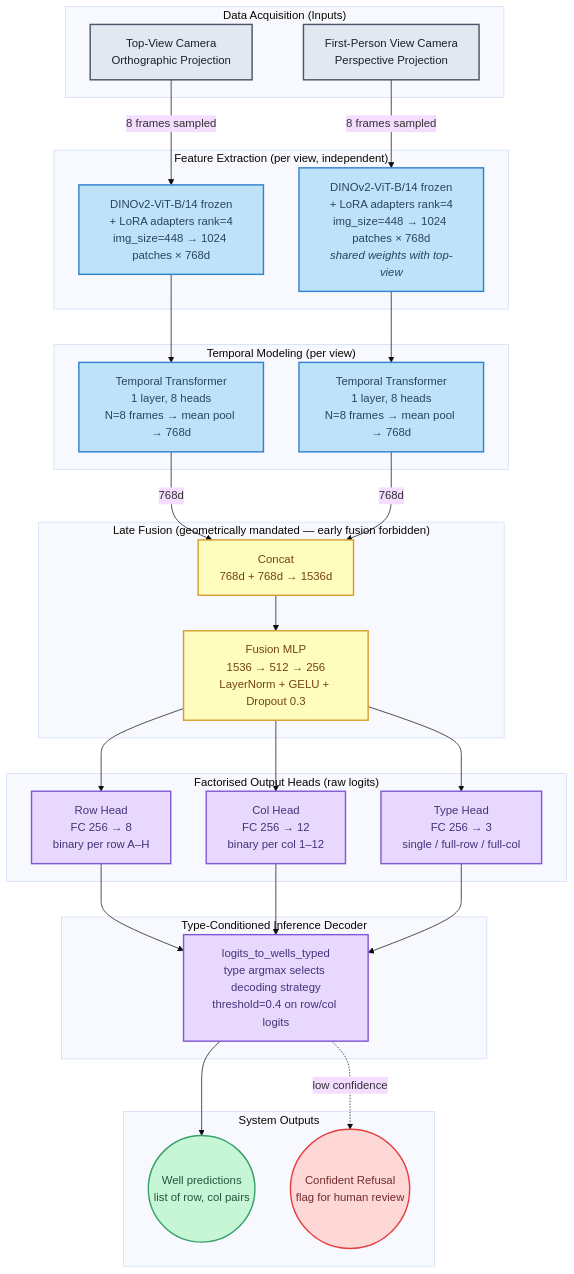
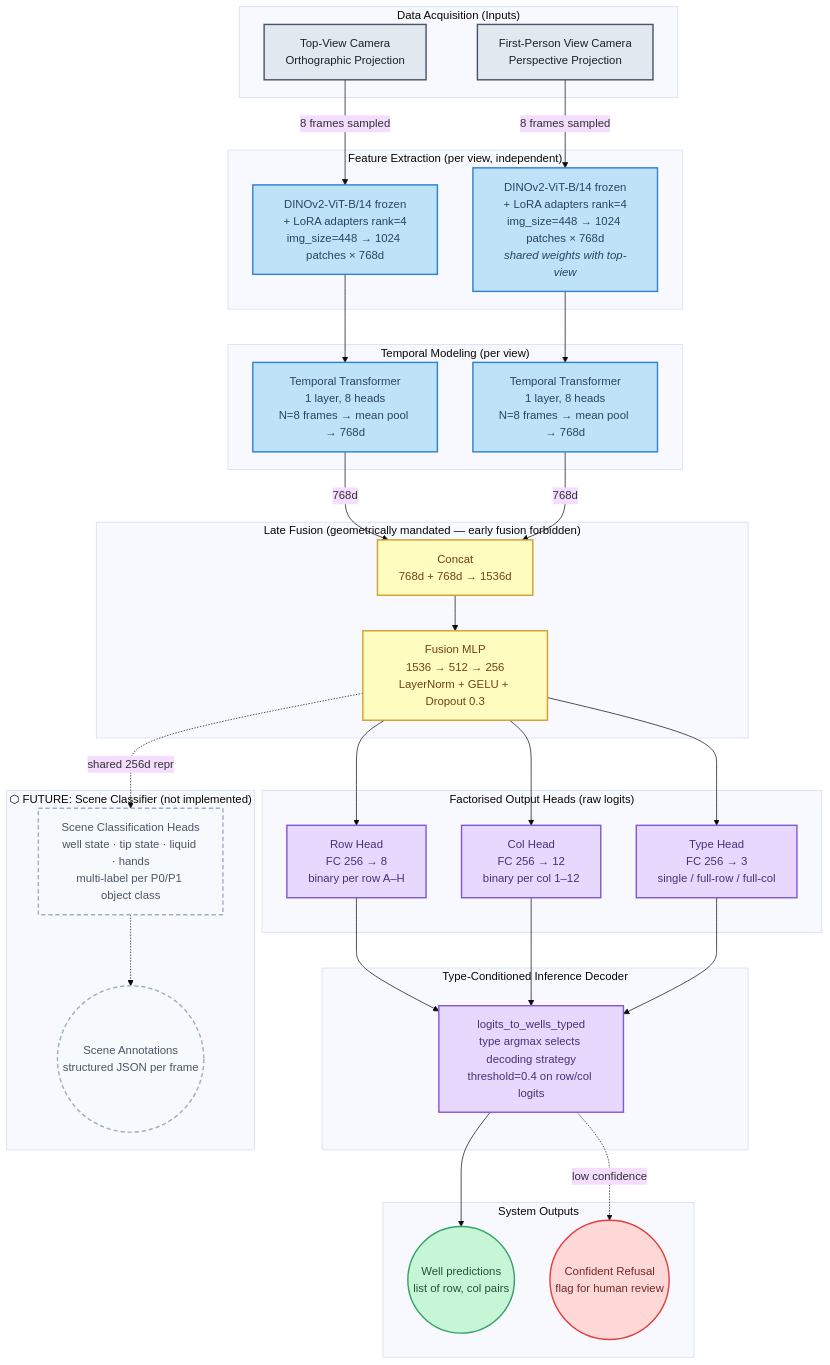
Before and after one commit to linwoes/pipette-well-challenge: the diagram in docs/ARCHITECURE_DIAGRAM.md, drawn with Mermaid (base theme). The commit also changed other lines of this file and 1 other file, not shown here.

Commit message:
docs: add Scene Classifier (future) to architecture and diagram
ARCHITECTURE.md: new "Future: Scene Classifier" section between the
selected architecture and alternatives. Covers integration point (branches
from shared 256d fusion repr), P0/P1/P2 object taxonomy, output schema,
and rationale for deferral (annotation cost, primary task not yet validated,
N=100 marginal for multi-label). References FEATURE_SCENE_CLASSIFICATION.md.

ARCHITECURE_DIAGRAM.md: Scene Classifier subgraph added with dashed-grey
node styling (future class) connected from Fusion MLP via dotted edges.
Legend added to distinguish implemented (solid) from proposed (dashed).

````diff
--- a/docs/ARCHITECURE_DIAGRAM.md
+++ b/docs/ARCHITECURE_DIAGRAM.md
@@ -65,7 +65,16 @@
     DECODE --> WELLS
     DECODE -.-> |low confidence| REFUSAL
 
-    %% Styling
+    %% ── Future: Scene Classifier (proposed, not implemented) ──────────────
+    subgraph SceneClassifier ["⬡ FUTURE: Scene Classifier (not implemented)"]
+        SC_HEAD[Scene Classification Heads<br/>well state · tip state · liquid · hands<br/>multi-label per P0/P1 object class]
+        SC_OUT((Scene Annotations<br/>structured JSON per frame))
+    end
+
+    MLP -.->|shared 256d repr| SC_HEAD
+    SC_HEAD -.-> SC_OUT
+
+    %% Styling — implemented pipeline
     classDef input fill:#e2e8f0,stroke:#4a5568,stroke-width:2px,color:#1a202c
     classDef model fill:#bee3f8,stroke:#3182ce,stroke-width:2px,color:#2a4365
     classDef fusion fill:#fefcbf,stroke:#d69e2e,stroke-width:2px,color:#744210
@@ -73,10 +82,14 @@
     classDef output_pass fill:#c6f6d5,stroke:#38a169,stroke-width:2px,color:#22543d
     classDef output_fail fill:#fed7d7,stroke:#e53e3e,stroke-width:2px,color:#742a2a
 
+    %% Styling — future / proposed (dashed border, muted grey)
+    classDef future fill:#f7fafc,stroke:#a0aec0,stroke-width:2px,stroke-dasharray:6 4,color:#4a5568
+
     class TV,FPV input
     class DINO_TV,DINO_FPV,TEMP_TV,TEMP_FPV model
     class CONCAT,MLP fusion
     class ROW_HEAD,COL_HEAD,TYPE_HEAD,DECODE head
     class WELLS output_pass
     class REFUSAL output_fail
+    class SC_HEAD,SC_OUT future
 ```
````
